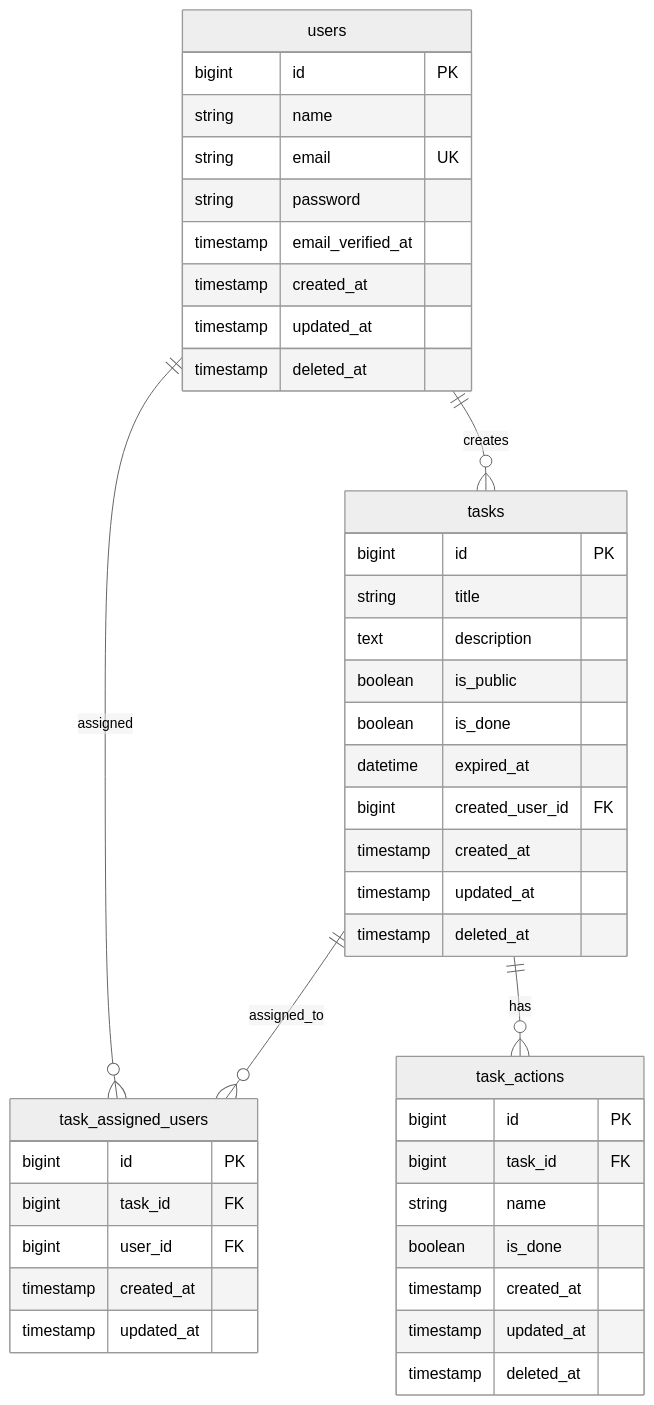
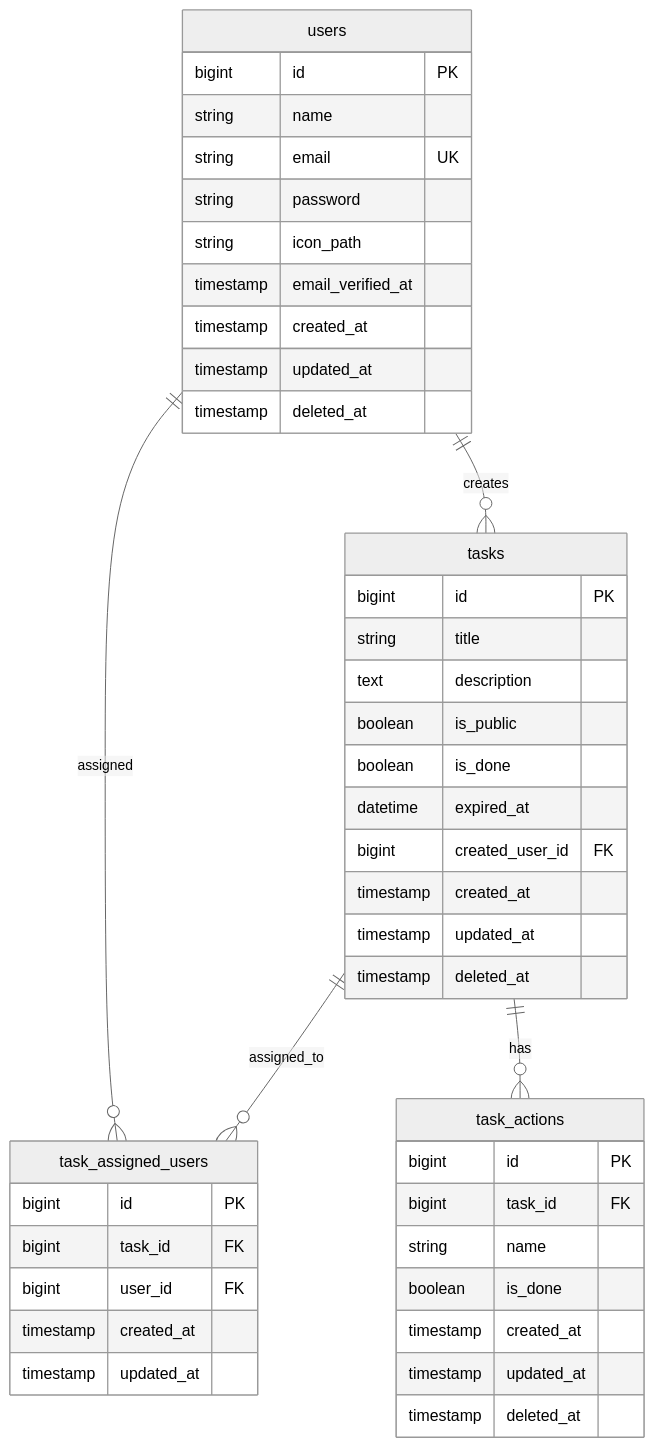
Before and after one commit to KadoProG/laravel-todo-app-v2: the diagram in docs/implementation-overview.md, drawn with Mermaid (neutral theme). The commit also changed other lines of this file and 17 other files, not shown here.

````diff
--- a/docs/implementation-overview.md
+++ b/docs/implementation-overview.md
@@ -47,49 +47,50 @@
 ```mermaid
 erDiagram
     users ||--o{ tasks : creates
     users ||--o{ task_assigned_users : assigned
     tasks ||--o{ task_assigned_users : assigned_to
     tasks ||--o{ task_actions : has
 
     users {
         bigint id PK
         string name
         string email UK
         string password
+        string icon_path
         timestamp email_verified_at
         timestamp created_at
         timestamp updated_at
         timestamp deleted_at
     }
 
     tasks {
         bigint id PK
         string title
         text description
         boolean is_public
         boolean is_done
         datetime expired_at
         bigint created_user_id FK
         timestamp created_at
         timestamp updated_at
         timestamp deleted_at
     }
 
     task_assigned_users {
         bigint id PK
         bigint task_id FK
         bigint user_id FK
         timestamp created_at
         timestamp updated_at
     }
 
     task_actions {
         bigint id PK
         bigint task_id FK
         string name
         boolean is_done
         timestamp created_at
         timestamp updated_at
         timestamp deleted_at
     }
 ```
````
